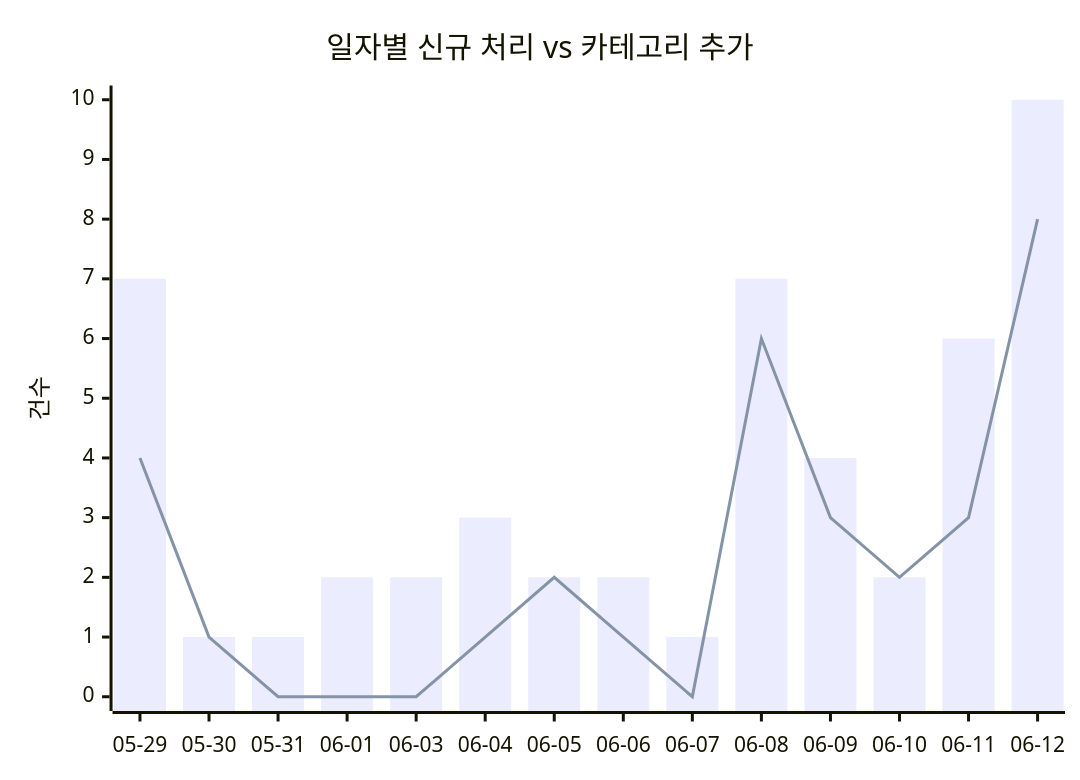
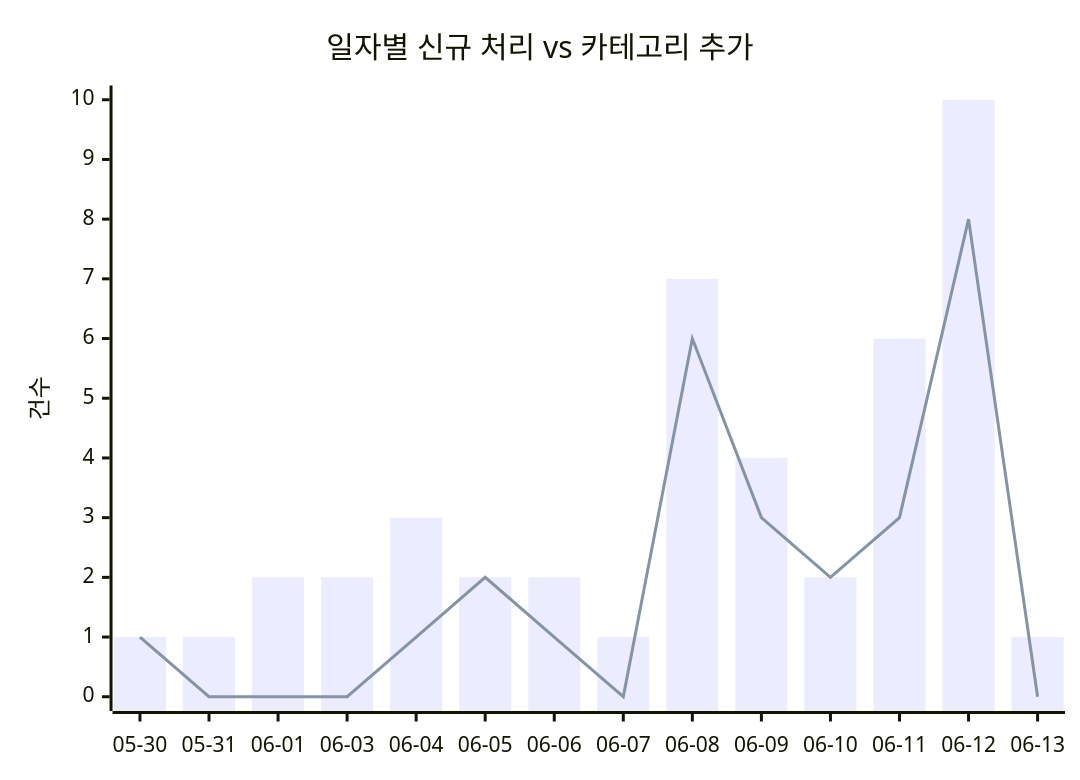
The first of 2 diagrams in docs/trends.md (J-nowcow/awesome-korean-agent-skills), drawn with Mermaid before and after one commit. The commit also changed other lines of this file and 2 other files, not shown here.

````diff
--- a/docs/trends.md
+++ b/docs/trends.md
@@ -32,8 +32,8 @@
 ```mermaid
 xychart-beta
     title "일자별 신규 처리 vs 카테고리 추가"
-    x-axis ["05-29","05-30","05-31","06-01","06-03","06-04","06-05","06-06","06-07","06-08","06-09","06-10","06-11","06-12"]
+    x-axis ["05-30","05-31","06-01","06-03","06-04","06-05","06-06","06-07","06-08","06-09","06-10","06-11","06-12","06-13"]
     y-axis "건수"
-    bar [7,1,1,2,2,3,2,2,1,7,4,2,6,10]
-    line [4,1,0,0,0,1,2,1,0,6,3,2,3,8]
+    bar [1,1,2,2,3,2,2,1,7,4,2,6,10,1]
+    line [1,0,0,0,1,2,1,0,6,3,2,3,8,0]
 ```
````
